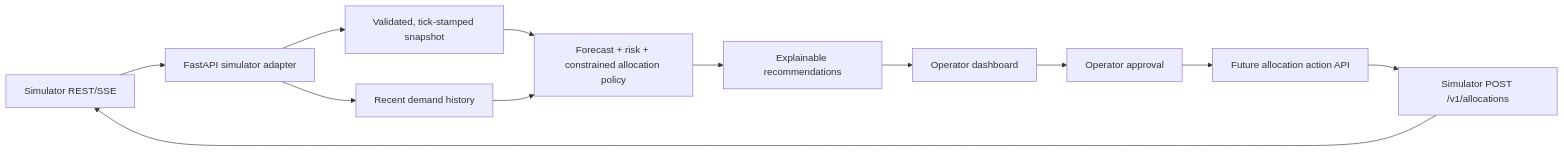
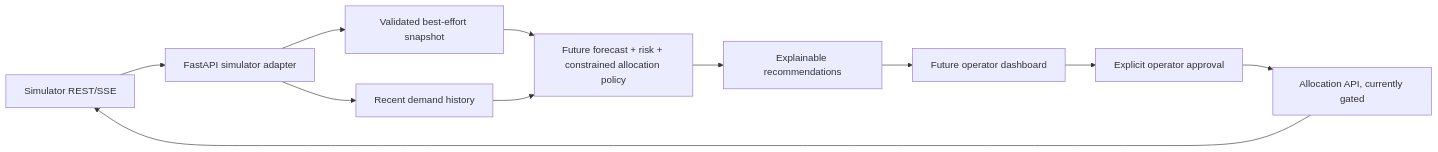
Before and after one commit to naim1405/bup_hackathon-fsirp: the third of 3 diagrams in docs/architecture-overview.md, drawn with Mermaid. The commit also changed other lines of this file and 15 other files, not shown here.

````diff
--- a/docs/architecture-overview.md
+++ b/docs/architecture-overview.md
@@ -52,20 +61,18 @@
 ```mermaid
 flowchart LR
   Simulator[Simulator REST/SSE]
   Adapter[FastAPI simulator adapter]
-  Snapshot[Validated, tick-stamped snapshot]
+  Snapshot[Validated best-effort snapshot]
   History[Recent demand history]
-  Engine[Forecast + risk + constrained allocation policy]
+  Engine[Future forecast + risk + constrained allocation policy]
   Recs[Explainable recommendations]
-  UI[Operator dashboard]
-  Approval[Operator approval]
-  Action[Future allocation action API]
-  SimAct[Simulator POST /v1/allocations]
+  UI[Future operator dashboard]
+  Approval[Explicit operator approval]
+  Action[Allocation API, currently gated]
 
   Simulator --> Adapter --> Snapshot
   Adapter --> History
   Snapshot --> Engine
   History --> Engine
-  Engine --> Recs --> UI --> Approval --> Action --> SimAct
-  SimAct --> Simulator
+  Engine --> Recs --> UI --> Approval --> Action --> Simulator
 ```
````
